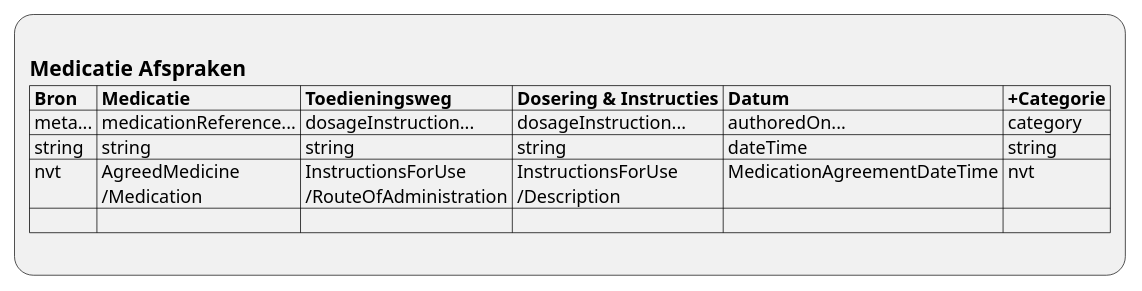
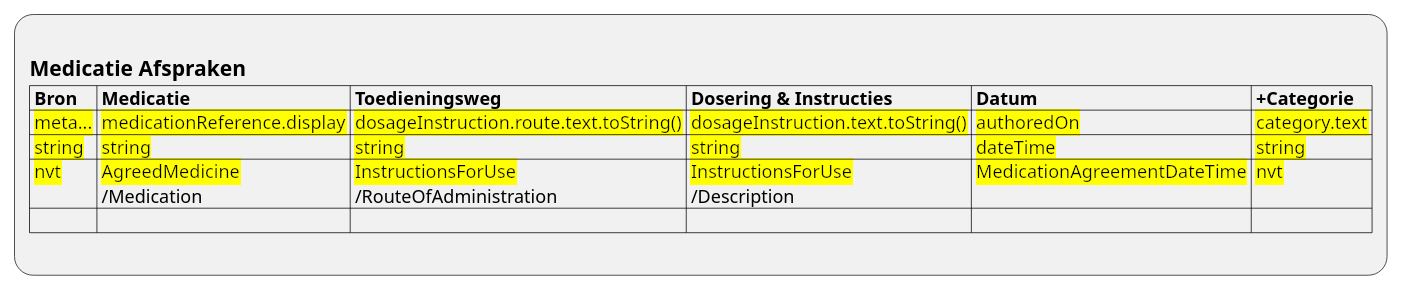
Before and after one commit to RIVO-Noord/zorgviewer-ig: the diagram in input/images-source/ViewDefinition-MedicationRequest.plantuml, drawn with PlantUML. The commit also changed 10 other files, not shown here.

```diff
--- a/input/images-source/ViewDefinition-MedicationRequest.plantuml
+++ b/input/images-source/ViewDefinition-MedicationRequest.plantuml
@@ -1,10 +1,10 @@
 @startuml ViewDefinition-MedicationRequest
 :
 == Medicatie Afspraken
 |= Bron |= Medicatie |= Toedieningsweg |= Dosering & Instructies |= Datum |= +Categorie |
-| meta... | medicationReference... | dosageInstruction... | dosageInstruction... | authoredOn... | category |
-| string | string | string | string | dateTime | string |
-| nvt | AgreedMedicine\n /Medication | InstructionsForUse\n /RouteOfAdministration | InstructionsForUse\n /Description | MedicationAgreementDateTime | nvt |
+|<back:yellow> meta... |<back:yellow> medicationReference.display |<back:yellow> dosageInstruction.route.text.toString() |<back:yellow> dosageInstruction.text.toString() |<back:yellow> authoredOn |<back:yellow> category.text |
+|<back:yellow> string |<back:yellow> string |<back:yellow> string |<back:yellow> string |<back:yellow> dateTime |<back:yellow> string |
+|<back:yellow> nvt |<back:yellow> AgreedMedicine\n /Medication |<back:yellow> InstructionsForUse\n /RouteOfAdministration |<back:yellow> InstructionsForUse\n /Description |<back:yellow> MedicationAgreementDateTime |<back:yellow> nvt |
 | |
 ;
 @enduml
```
